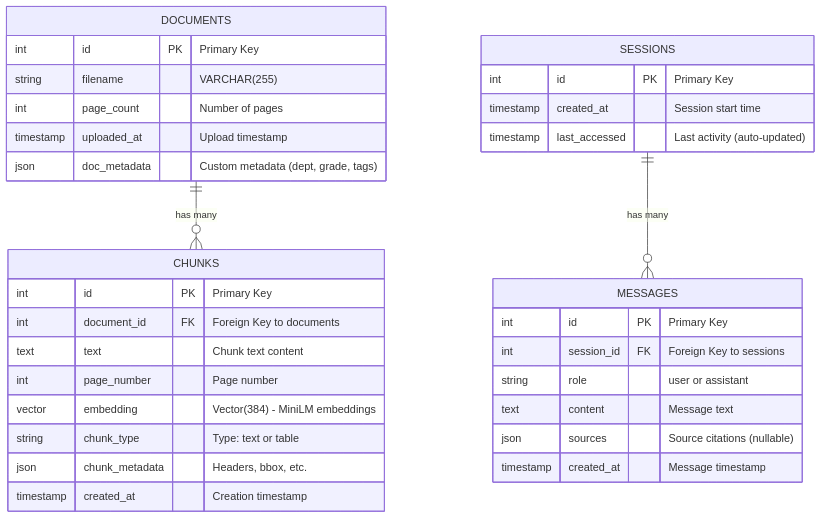
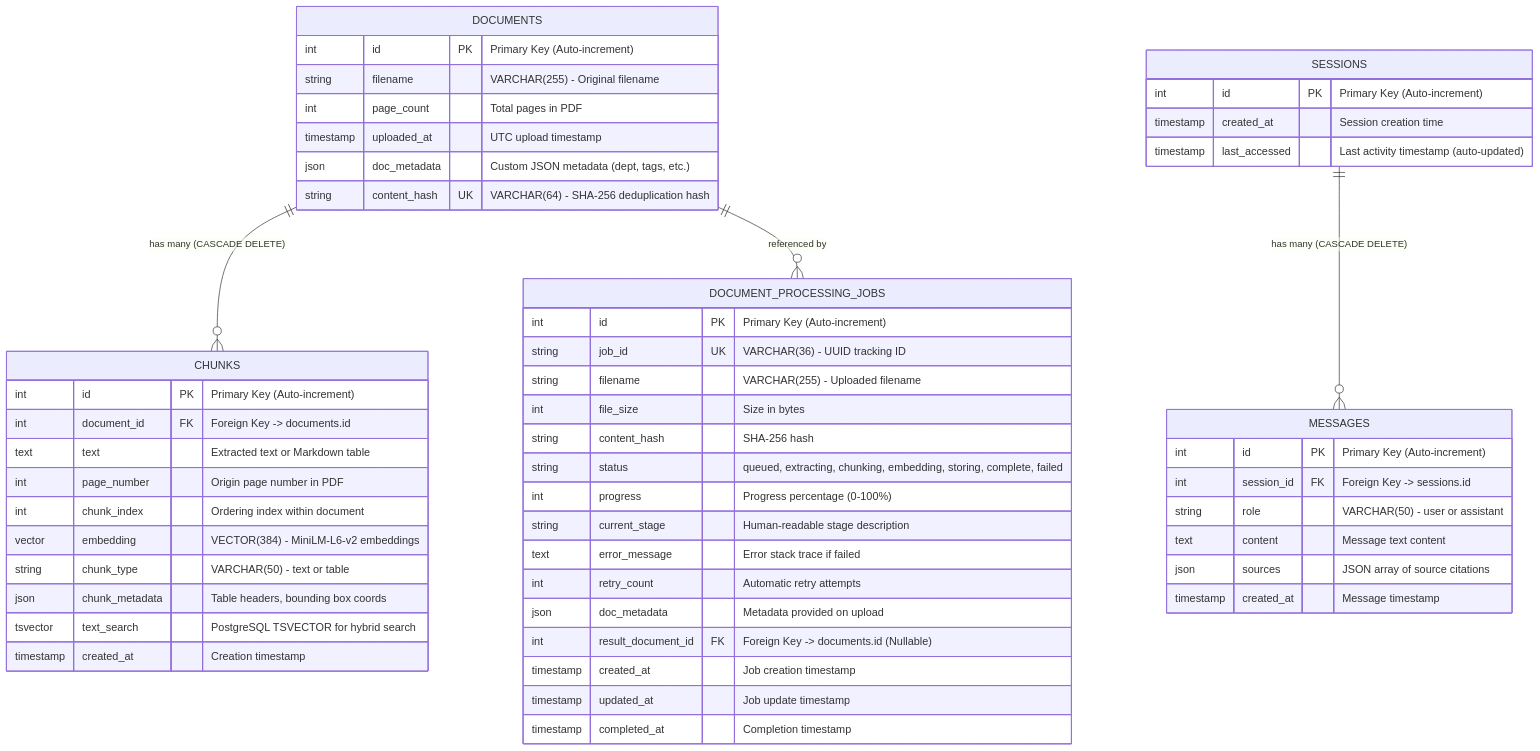
The diagram in docs/core/architecture/DATABASE_SCHEMA.md (dinkar1708/askdocs-rag-agent), drawn with Mermaid before and after one commit. The commit also changed other lines of this file and 32 other files, not shown here.

````diff
--- a/docs/core/architecture/DATABASE_SCHEMA.md
+++ b/docs/core/architecture/DATABASE_SCHEMA.md
@@ -17,39 +12,61 @@
 ```mermaid
 erDiagram
-    DOCUMENTS ||--o{ CHUNKS : "has many"
-    SESSIONS ||--o{ MESSAGES : "has many"
+    DOCUMENTS ||--o{ CHUNKS : "has many (CASCADE DELETE)"
+    DOCUMENTS ||--o{ DOCUMENT_PROCESSING_JOBS : "referenced by"
+    SESSIONS ||--o{ MESSAGES : "has many (CASCADE DELETE)"
 
     DOCUMENTS {
-        int id PK "Primary Key"
-        string filename "VARCHAR(255)"
-        int page_count "Number of pages"
-        timestamp uploaded_at "Upload timestamp"
-        json doc_metadata "Custom metadata (dept, grade, tags)"
+        int id PK "Primary Key (Auto-increment)"
+        string filename "VARCHAR(255) - Original filename"
+        int page_count "Total pages in PDF"
+        timestamp uploaded_at "UTC upload timestamp"
+        json doc_metadata "Custom JSON metadata (dept, tags, etc.)"
+        string content_hash UK "VARCHAR(64) - SHA-256 deduplication hash"
     }
 
     CHUNKS {
-        int id PK "Primary Key"
-        int document_id FK "Foreign Key to documents"
-        text text "Chunk text content"
-        int page_number "Page number"
-        vector embedding "Vector(384) - MiniLM embeddings"
-        string chunk_type "Type: text or table"
-        json chunk_metadata "Headers, bbox, etc."
+        int id PK "Primary Key (Auto-increment)"
+        int document_id FK "Foreign Key -> documents.id"
+        text text "Extracted text or Markdown table"
+        int page_number "Origin page number in PDF"
+        int chunk_index "Ordering index within document"
+        vector embedding "VECTOR(384) - MiniLM-L6-v2 embeddings"
+        string chunk_type "VARCHAR(50) - text or table"
+        json chunk_metadata "Table headers, bounding box coords"
+        tsvector text_search "PostgreSQL TSVECTOR for hybrid search"
         timestamp created_at "Creation timestamp"
     }
 
     SESSIONS {
-        int id PK "Primary Key"
-        timestamp created_at "Session start time"
-        timestamp last_accessed "Last activity (auto-updated)"
+        int id PK "Primary Key (Auto-increment)"
+        timestamp created_at "Session creation time"
+        timestamp last_accessed "Last activity timestamp (auto-updated)"
     }
 
     MESSAGES {
-        int id PK "Primary Key"
-        int session_id FK "Foreign Key to sessions"
-        string role "user or assistant"
-        text content "Message text"
-        json sources "Source citations (nullable)"
+        int id PK "Primary Key (Auto-increment)"
+        int session_id FK "Foreign Key -> sessions.id"
+        string role "VARCHAR(50) - user or assistant"
+        text content "Message text content"
+        json sources "JSON array of source citations"
         timestamp created_at "Message timestamp"
     }
+
+    DOCUMENT_PROCESSING_JOBS {
+        int id PK "Primary Key (Auto-increment)"
+        string job_id UK "VARCHAR(36) - UUID tracking ID"
+        string filename "VARCHAR(255) - Uploaded filename"
+        int file_size "Size in bytes"
+        string content_hash "SHA-256 hash"
+        string status "queued, extracting, chunking, embedding, storing, complete, failed"
+        int progress "Progress percentage (0-100%)"
+        string current_stage "Human-readable stage description"
+        text error_message "Error stack trace if failed"
+        int retry_count "Automatic retry attempts"
+        json doc_metadata "Metadata provided on upload"
+        int result_document_id FK "Foreign Key -> documents.id (Nullable)"
+        timestamp created_at "Job creation timestamp"
+        timestamp updated_at "Job update timestamp"
+        timestamp completed_at "Completion timestamp"
+    }
 ```
````
